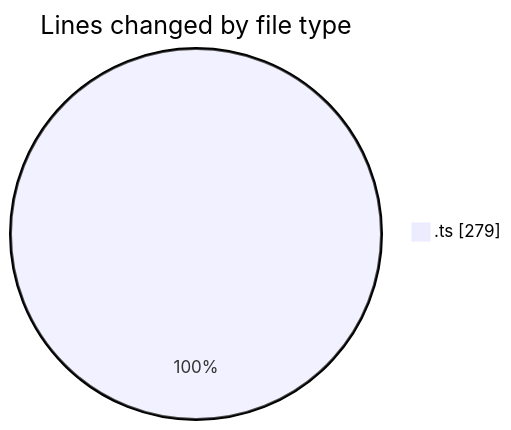
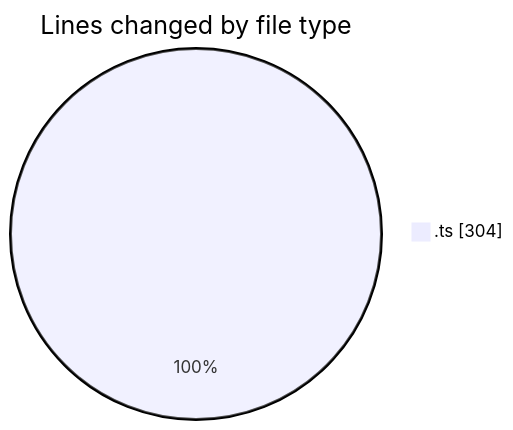
One commit to tmsrecording-cyber/code-tracking changed the first of 2 diagrams in 2026-02-09/singularitybrainai/README.md. Above: the diagram before and after it, drawn with Mermaid. The commit also changed other lines of this file and 1 other file, not shown here.

````diff
--- a/2026-02-09/singularitybrainai/README.md
+++ b/2026-02-09/singularitybrainai/README.md
@@ -21,5 +21,5 @@
 ```mermaid
 pie showData
 title Lines changed by file type
-".ts" : 279
+".ts" : 304
 ```
````
